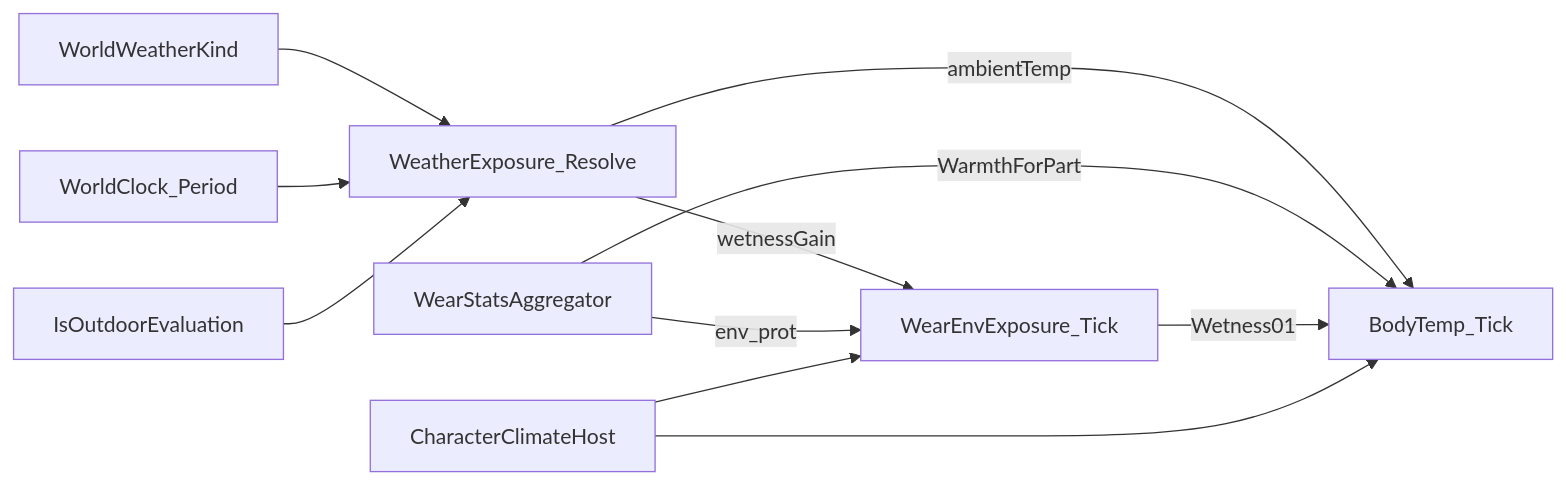
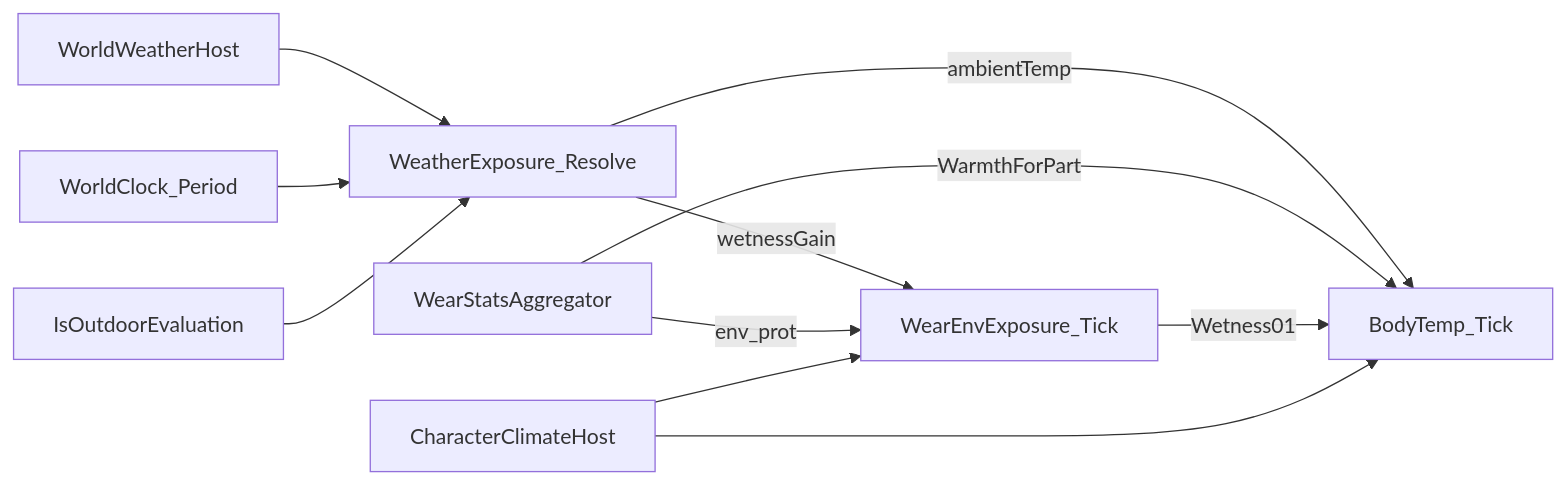
The diagram in docs/body/BODY.md (garunnir/Project_Pictureless), drawn with Mermaid before and after one commit. The commit also changed other lines of this file and 283 other files, not shown here.

````diff
--- a/docs/body/BODY.md
+++ b/docs/body/BODY.md
@@ -144,21 +144,21 @@
 ```mermaid
 flowchart LR
-  kind[WorldWeatherKind]
+  kind[WorldWeatherHost]
   period[WorldClock_Period]
   outdoor[IsOutdoorEvaluation]
   wx[WeatherExposure_Resolve]
   wear[WearStatsAggregator]
   env[WearEnvExposure_Tick]
   temp[BodyTemp_Tick]
   host[CharacterClimateHost]
   kind --> wx
   period --> wx
   outdoor --> wx
   wx -->|ambientTemp| temp
   wx -->|wetnessGain| env
   wear -->|WarmthForPart| temp
   wear -->|env_prot| env
   env -->|Wetness01| temp
   host --> env
   host --> temp
 ```
````
